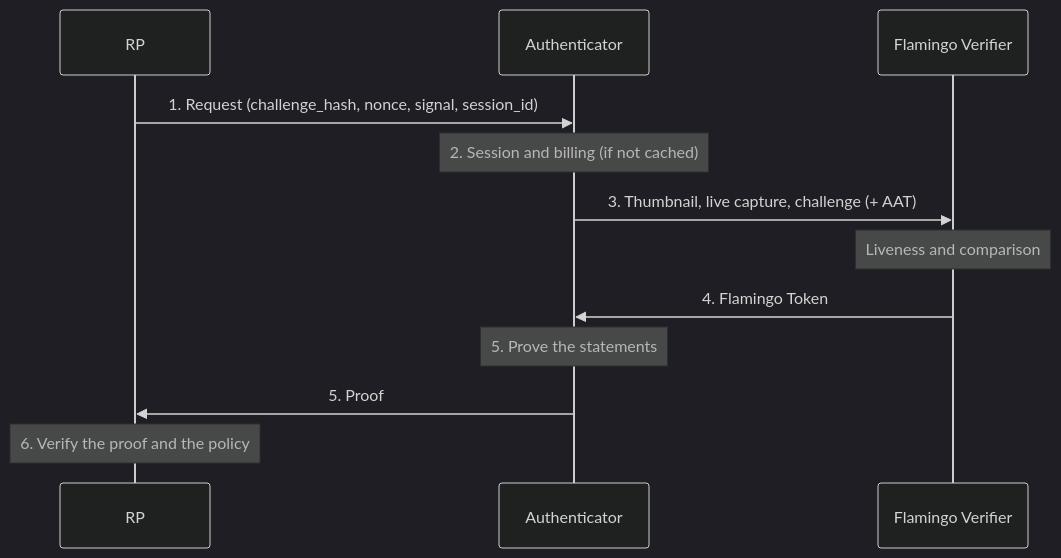
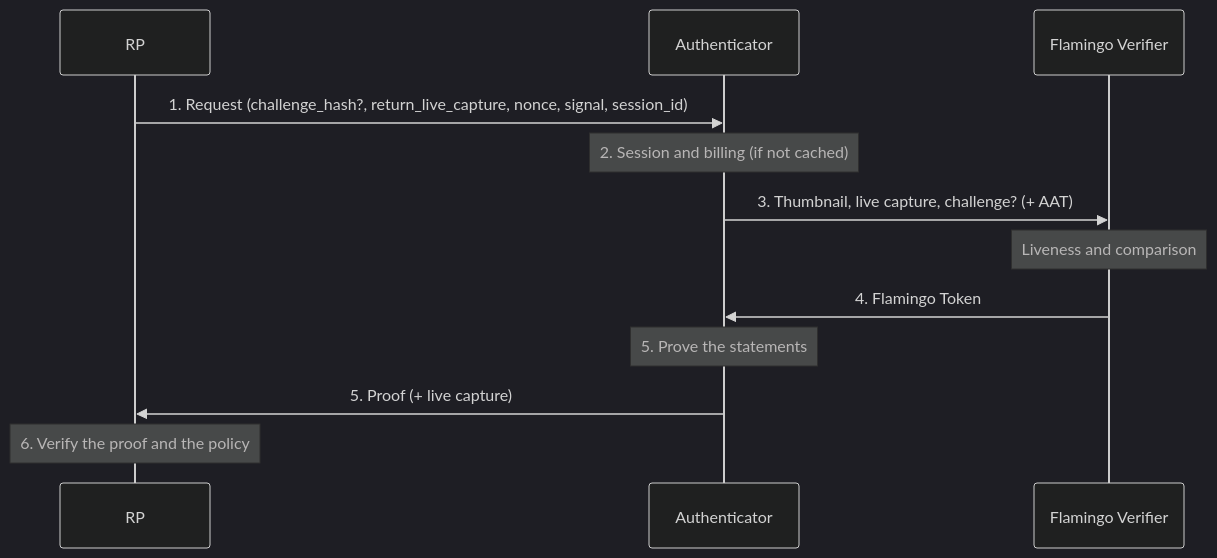
Before and after one commit to worldcoin/world-id-protocol: the diagram in docs/WIPs/wip-202.md, drawn with Mermaid (dark theme). The commit also changed other lines of this file, not shown here.

Commit message:
docs: let WIP-202 RPs request the live capture and make the challenge optional (#1264)

````diff
--- a/docs/WIPs/wip-202.md
+++ b/docs/WIPs/wip-202.md
@@ -69,14 +69,14 @@
 ```mermaid
 sequenceDiagram
   participant RP
   participant A as Authenticator
   participant V as Flamingo Verifier
-  RP->>A: 1. Request (challenge_hash, nonce, signal, session_id)
+  RP->>A: 1. Request (challenge_hash?, return_live_capture, nonce, signal, session_id)
   Note over A: 2. Session and billing (if not cached)
-  A->>V: 3. Thumbnail, live capture, challenge (+ AAT)
+  A->>V: 3. Thumbnail, live capture, challenge? (+ AAT)
   Note over V: Liveness and comparison
   V->>A: 4. Flamingo Token
   Note over A: 5. Prove the statements
-  A->>RP: 5. Proof
+  A->>RP: 5. Proof (+ live capture)
   Note over RP: 6. Verify the proof and the policy
 ```
````
